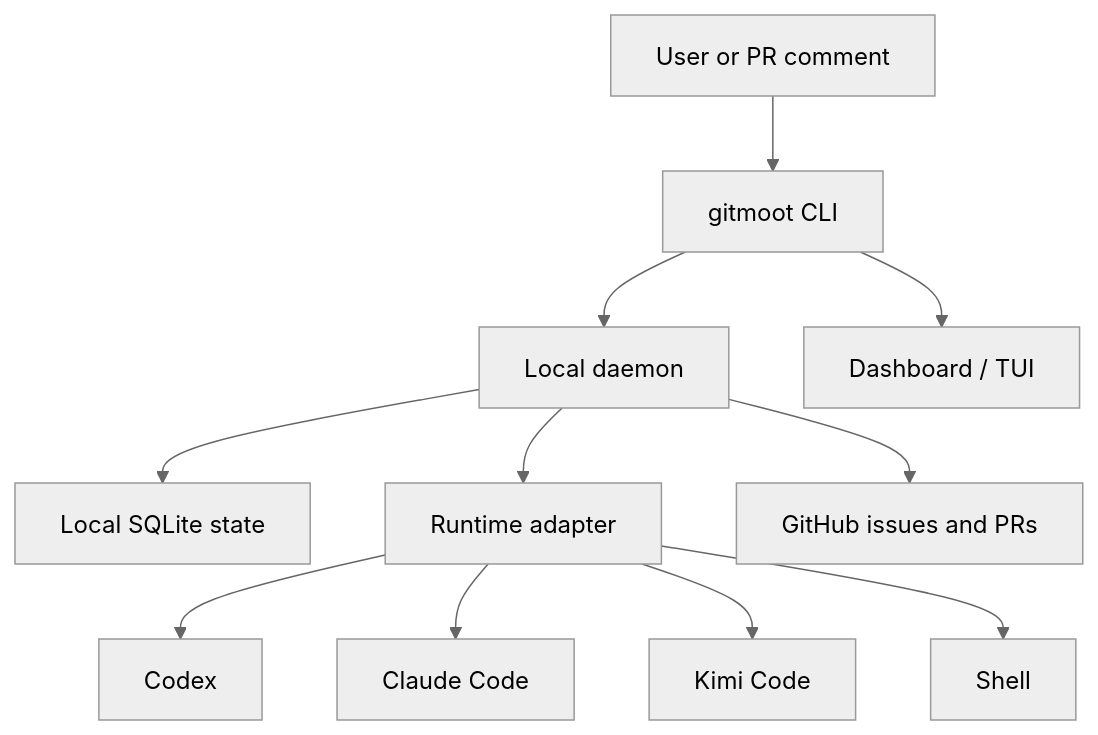
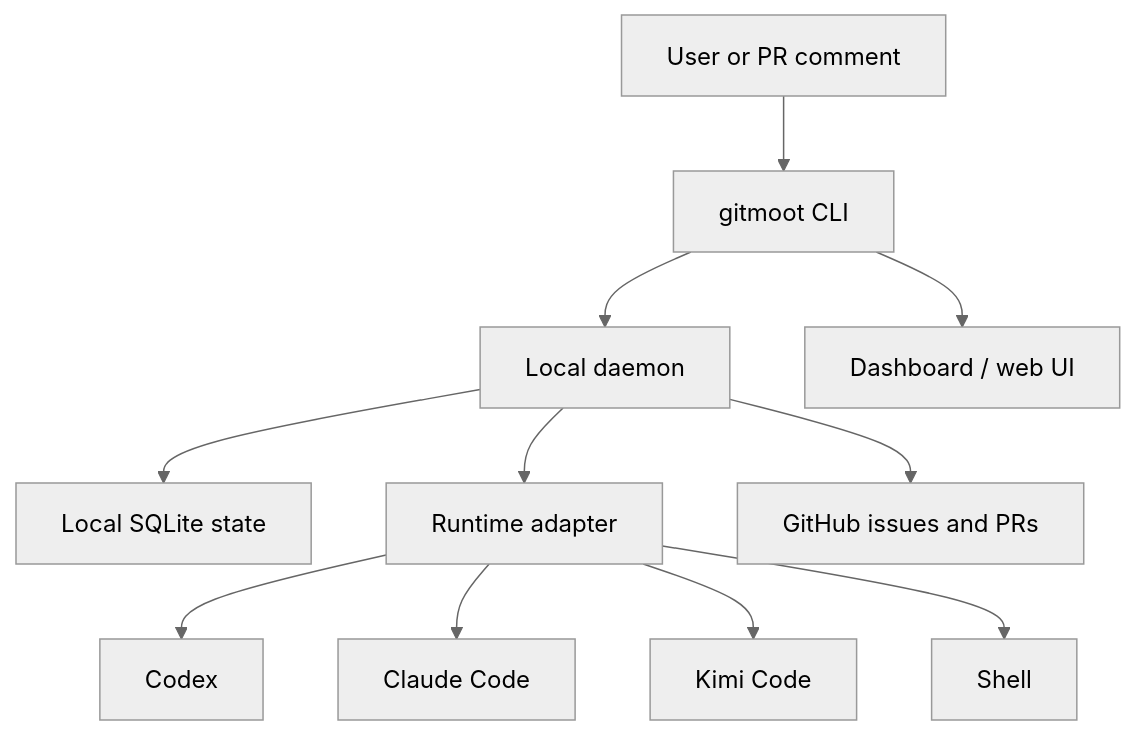
Before and after one commit to gitmoot/gitmoot: the first of 2 diagrams in website/docs/intro.md, drawn with Mermaid (neutral theme). The commit also changed other lines of this file and 102 other files, not shown here.

````diff
--- a/website/docs/intro.md
+++ b/website/docs/intro.md
@@ -40,13 +39,13 @@
 ```mermaid
 flowchart TD
   User[User or PR comment] --> CLI[gitmoot CLI]
   CLI --> Daemon[Local daemon]
-  CLI --> Dashboard[Dashboard / TUI]
+  CLI --> Dashboard[Dashboard / web UI]
   Daemon --> DB[Local SQLite state]
   Daemon --> Runtime[Runtime adapter]
   Runtime --> Codex[Codex]
   Runtime --> Claude[Claude Code]
   Runtime --> Kimi[Kimi Code]
   Runtime --> Shell[Shell]
   Daemon --> GitHub[GitHub issues and PRs]
 ```
````
